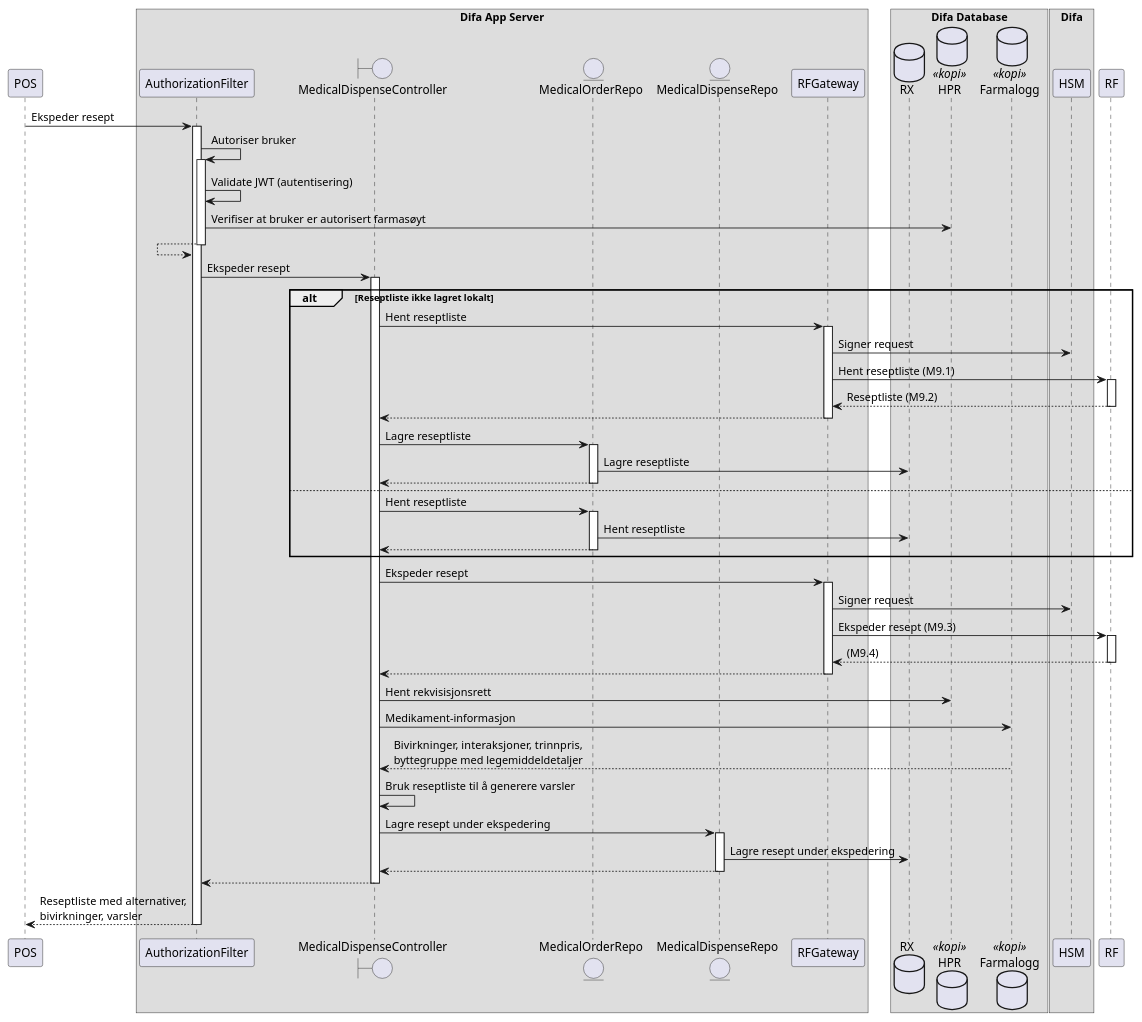
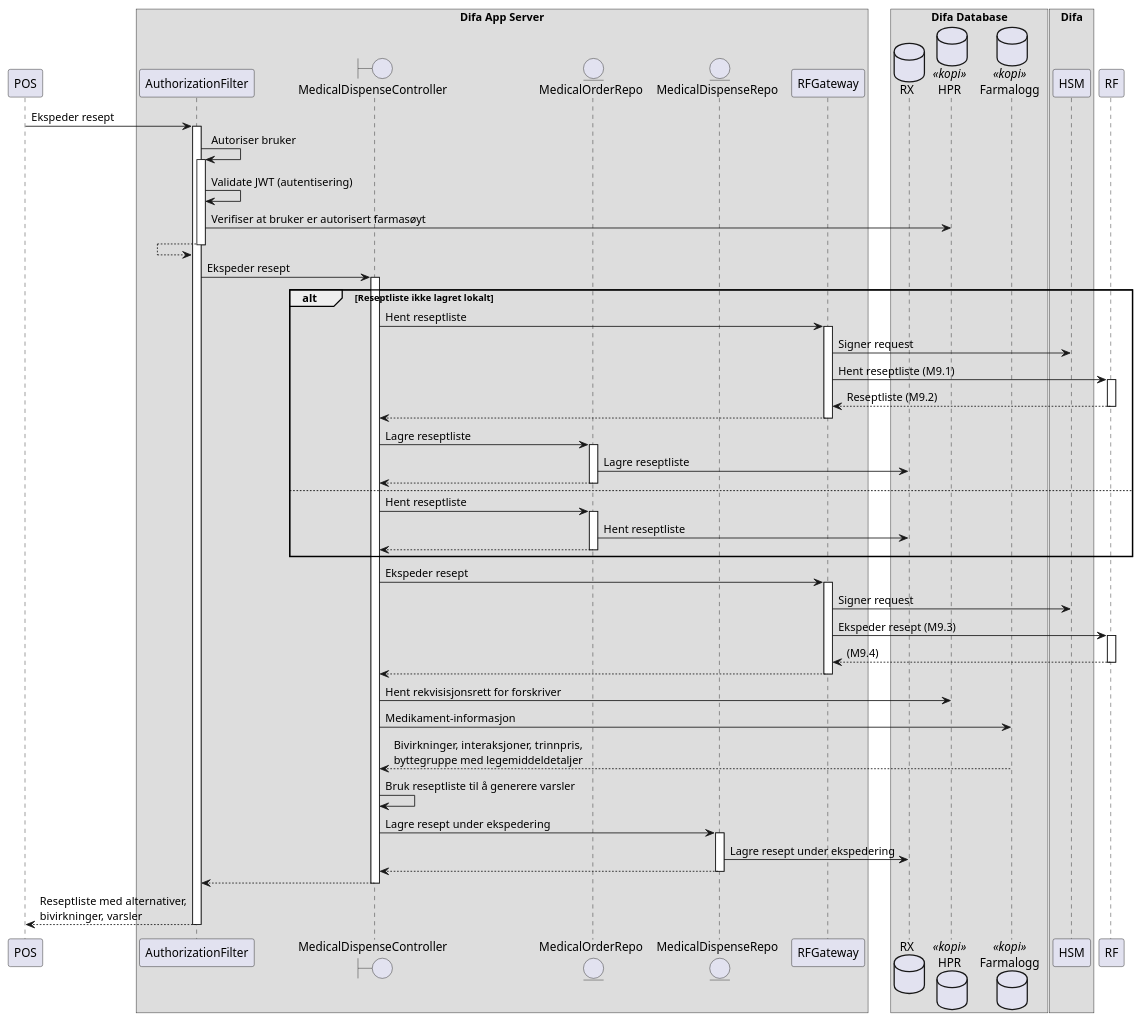
Before and after one commit to sopra-steria-norge/pharmacy.no: the diagram in doc/component-ekspeder-resept.puml, drawn with PlantUML. The commit also changed 9 other files, not shown here.

```diff
--- a/doc/component-ekspeder-resept.puml
+++ b/doc/component-ekspeder-resept.puml
@@ -1,56 +1,56 @@
 @startuml
 
 participant POS
 box "Difa App Server"
     participant AuthorizationFilter
     boundary MedicalDispenseController
     entity MedicalOrderRepo
     entity MedicalDispenseRepo
     participant RFGateway
 end box
 box "Difa Database"
     database RX
     database HPR <<kopi>>
     database Farmalogg <<kopi>>
 end box
 box "Difa"
     participant HSM
 end box
 participant RF
 
 POS -> AuthorizationFilter ++: Ekspeder resept
     AuthorizationFilter -> AuthorizationFilter ++: Autoriser bruker
         AuthorizationFilter -> AuthorizationFilter: Validate JWT (autentisering)
         AuthorizationFilter -> HPR: Verifiser at bruker er autorisert farmasøyt
     AuthorizationFilter <-- AuthorizationFilter --
     AuthorizationFilter -> MedicalDispenseController ++: Ekspeder resept
         alt Reseptliste ikke lagret lokalt
             MedicalDispenseController -> RFGateway ++: Hent reseptliste
                 RFGateway -> HSM: Signer request
                 RFGateway -> RF ++: Hent reseptliste (M9.1)
                 RFGateway <-- RF --: Reseptliste (M9.2)
             MedicalDispenseController <-- RFGateway --
             MedicalDispenseController -> MedicalOrderRepo ++: Lagre reseptliste
                 MedicalOrderRepo -> RX: Lagre reseptliste
             MedicalDispenseController <-- MedicalOrderRepo --
         else
             MedicalDispenseController -> MedicalOrderRepo ++: Hent reseptliste
                 MedicalOrderRepo -> RX: Hent reseptliste
             MedicalDispenseController <-- MedicalOrderRepo --
         end alt
         MedicalDispenseController -> RFGateway ++: Ekspeder resept
             RFGateway -> HSM: Signer request
             RFGateway -> RF ++: Ekspeder resept (M9.3)
             RFGateway <-- RF --: (M9.4)
         MedicalDispenseController <-- RFGateway --
-        MedicalDispenseController -> HPR: Hent rekvisisjonsrett
+        MedicalDispenseController -> HPR: Hent rekvisisjonsrett for forskriver
         MedicalDispenseController -> Farmalogg: Medikament-informasjon
         MedicalDispenseController <-- Farmalogg: Bivirkninger, interaksjoner, trinnpris,\nbyttegruppe med legemiddeldetaljer
         MedicalDispenseController -> MedicalDispenseController: Bruk reseptliste til å generere varsler
         MedicalDispenseController -> MedicalDispenseRepo ++: Lagre resept under ekspedering
             MedicalDispenseRepo -> RX: Lagre resept under ekspedering
         MedicalDispenseController <-- MedicalDispenseRepo --
     AuthorizationFilter <-- MedicalDispenseController --
 POS <-- AuthorizationFilter --: Reseptliste med alternativer,\nbivirkninger, varsler
 
 @enduml
```
